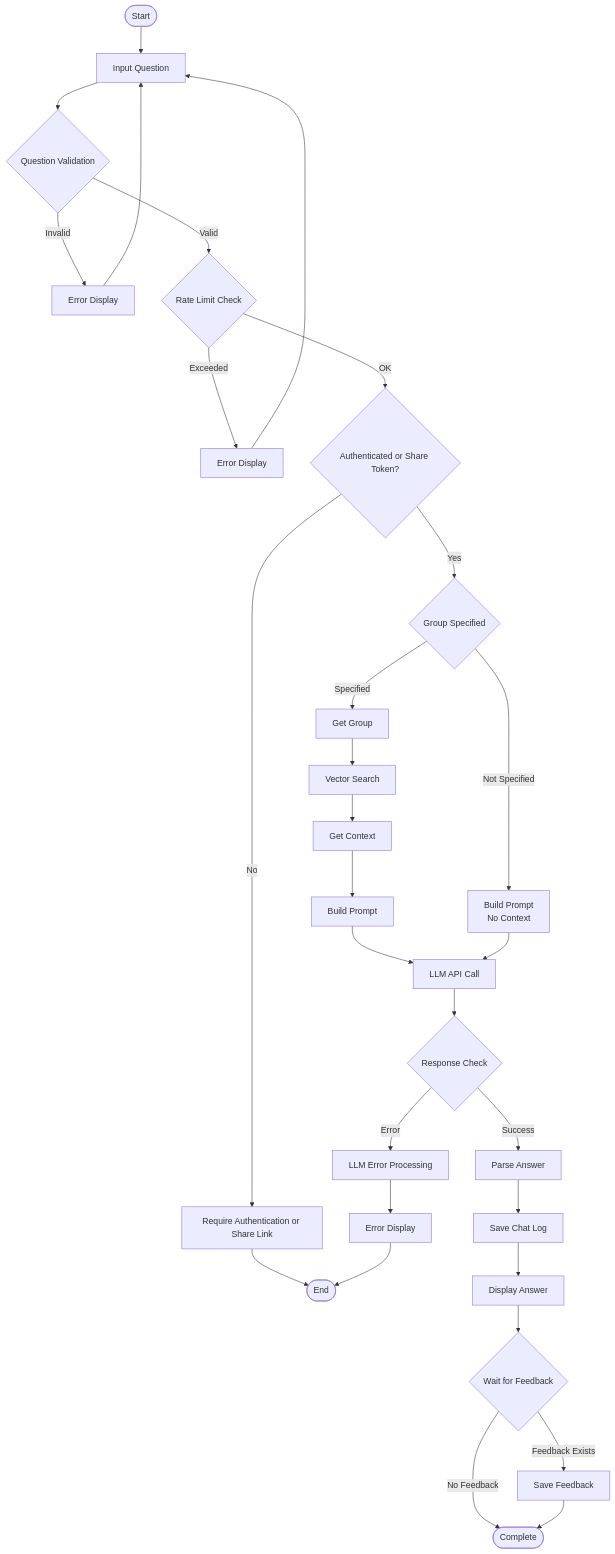
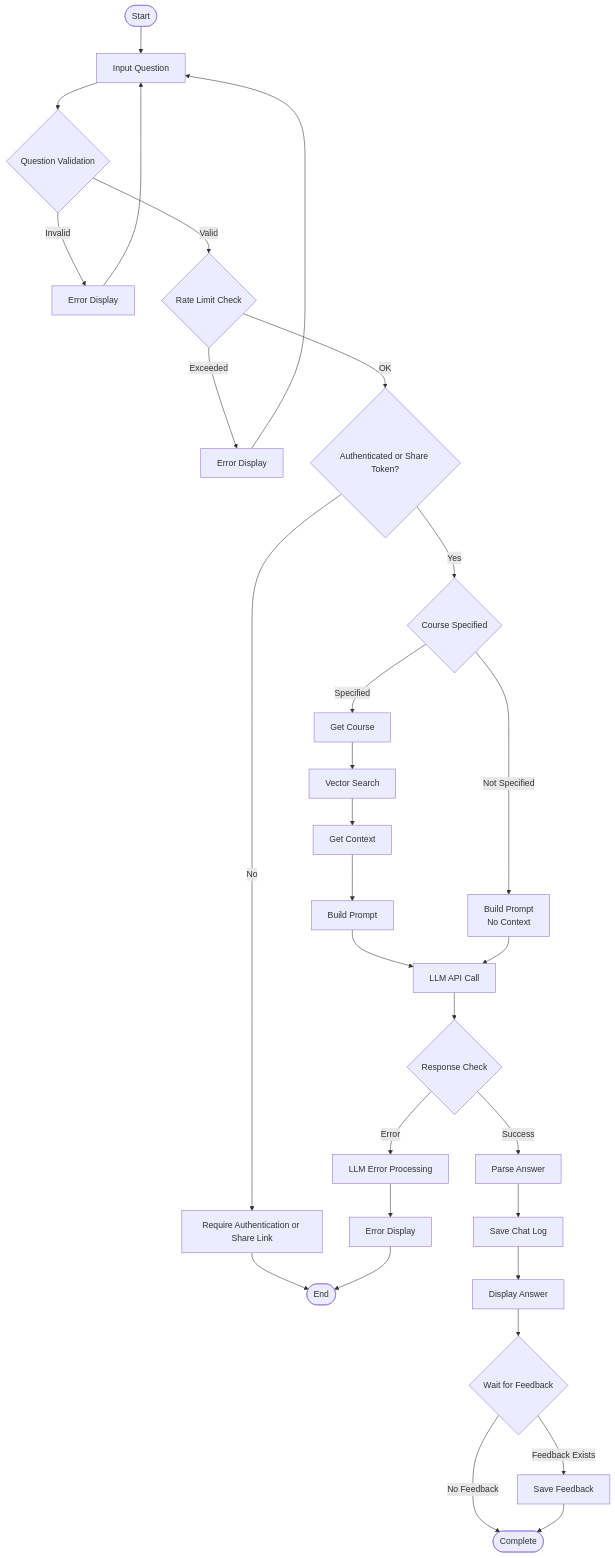
Before and after one commit to yukiharada1228/videoq: the third of 10 diagrams in docs/architecture/bpmn.md, drawn with Mermaid. The commit also changed other lines of this file and 140 other files, not shown here.

````diff
--- a/docs/architecture/bpmn.md
+++ b/docs/architecture/bpmn.md
@@ -72,35 +72,35 @@
 ```mermaid
 flowchart TD
     Start([Start]) --> InputQuestion[Input Question]
     InputQuestion --> ValidateQuestion{Question Validation}
     ValidateQuestion -->|Invalid| ShowError[Error Display]
     ShowError --> InputQuestion
     ValidateQuestion -->|Valid| RateLimit{"Rate Limit Check"}
     RateLimit -->|Exceeded| ErrorRateLimit[Error Display]
     ErrorRateLimit --> InputQuestion
     RateLimit -->|OK| CheckAccess{Authenticated or Share Token?}
     CheckAccess -->|No| RequireAuth[Require Authentication or Share Link]
     RequireAuth --> End([End])
-    CheckAccess -->|Yes| CheckGroup{Group Specified}
+    CheckAccess -->|Yes| CheckCourse{Course Specified}
     
-    CheckGroup -->|Specified| GetGroup[Get Group]
-    GetGroup --> SearchVector[Vector Search]
+    CheckCourse -->|Specified| GetCourse[Get Course]
+    GetCourse --> SearchVector[Vector Search]
     SearchVector --> GetContext[Get Context]
     GetContext --> BuildPrompt[Build Prompt]
     
-    CheckGroup -->|Not Specified| BuildPrompt2[Build Prompt<br>No Context]
+    CheckCourse -->|Not Specified| BuildPrompt2[Build Prompt<br>No Context]
     
     BuildPrompt --> CallLLM[LLM API Call]
     BuildPrompt2 --> CallLLM
     CallLLM --> CheckResponse{Response Check}
     CheckResponse -->|Error| HandleLLMError[LLM Error Processing]
     HandleLLMError --> ShowError2[Error Display]
     ShowError2 --> End
     CheckResponse -->|Success| ParseAnswer[Parse Answer]
     ParseAnswer --> SaveLog[Save Chat Log]
     SaveLog --> DisplayAnswer[Display Answer]
     DisplayAnswer --> WaitFeedback{Wait for Feedback}
     WaitFeedback -->|Feedback Exists| SaveFeedback[Save Feedback]
     WaitFeedback -->|No Feedback| Complete
     SaveFeedback --> Complete([Complete])
 ```
````
